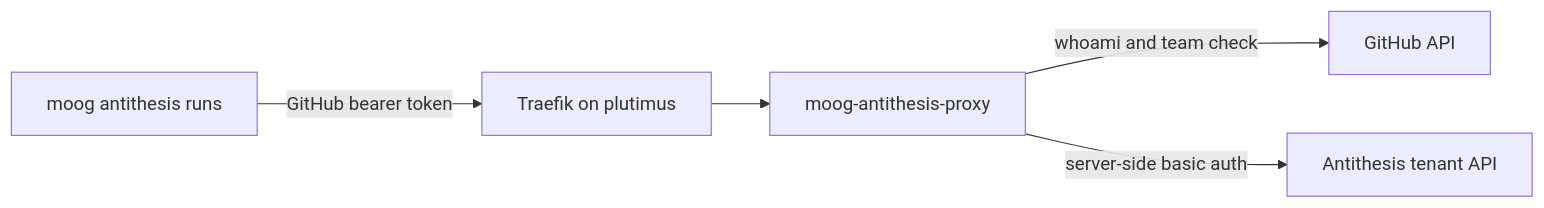
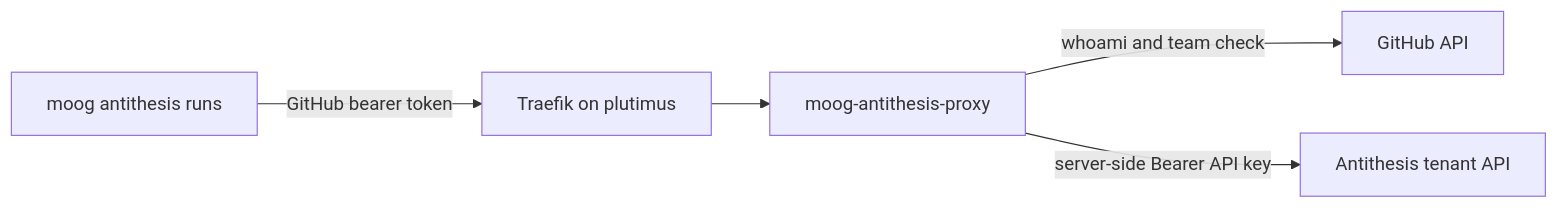
Before and after one commit to cardano-foundation/moog: the diagram in docs/antithesis-proxy.md, drawn with Mermaid. The commit also changed other lines of this file and 10 other files, not shown here.

````diff
--- a/docs/antithesis-proxy.md
+++ b/docs/antithesis-proxy.md
@@ -8,7 +7,7 @@
 ```mermaid
 flowchart LR
   CLI[moog antithesis runs] -->|GitHub bearer token| Traefik[Traefik on plutimus]
   Traefik --> Proxy[moog-antithesis-proxy]
   Proxy -->|whoami and team check| GitHub[GitHub API]
-  Proxy -->|server-side basic auth| Antithesis[Antithesis tenant API]
+  Proxy -->|server-side Bearer API key| Antithesis[Antithesis tenant API]
 ```
````
